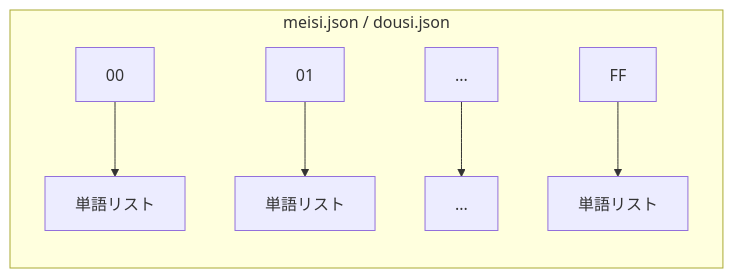
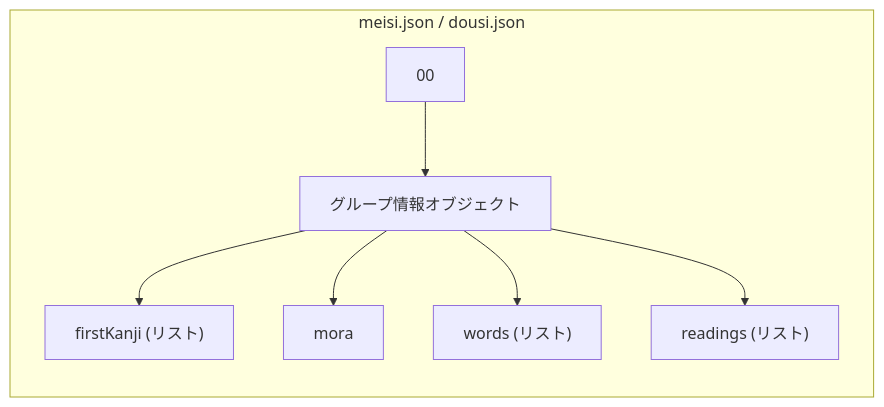
The third of 11 diagrams in docs/dictionary-generation.md (amanoese/yukichant), drawn with Mermaid before and after one commit. The commit also changed other lines of this file and 11 other files, not shown here.

````diff
--- a/docs/dictionary-generation.md
+++ b/docs/dictionary-generation.md
@@ -143,9 +144,10 @@
 ```mermaid
 flowchart LR
     subgraph 辞書構造["meisi.json / dousi.json"]
-        A["00"] --> B["単語リスト"]
-        C["01"] --> D["単語リスト"]
-        E["..."] --> F["..."]
-        G["FF"] --> H["単語リスト"]
+        A["00"] --> B["グループ情報オブジェクト"]
+        B --> B1["firstKanji (リスト)"]
+        B --> B2["mora"]
+        B --> B3["words (リスト)"]
+        B --> B4["readings (リスト)"]
     end
 ```
````
